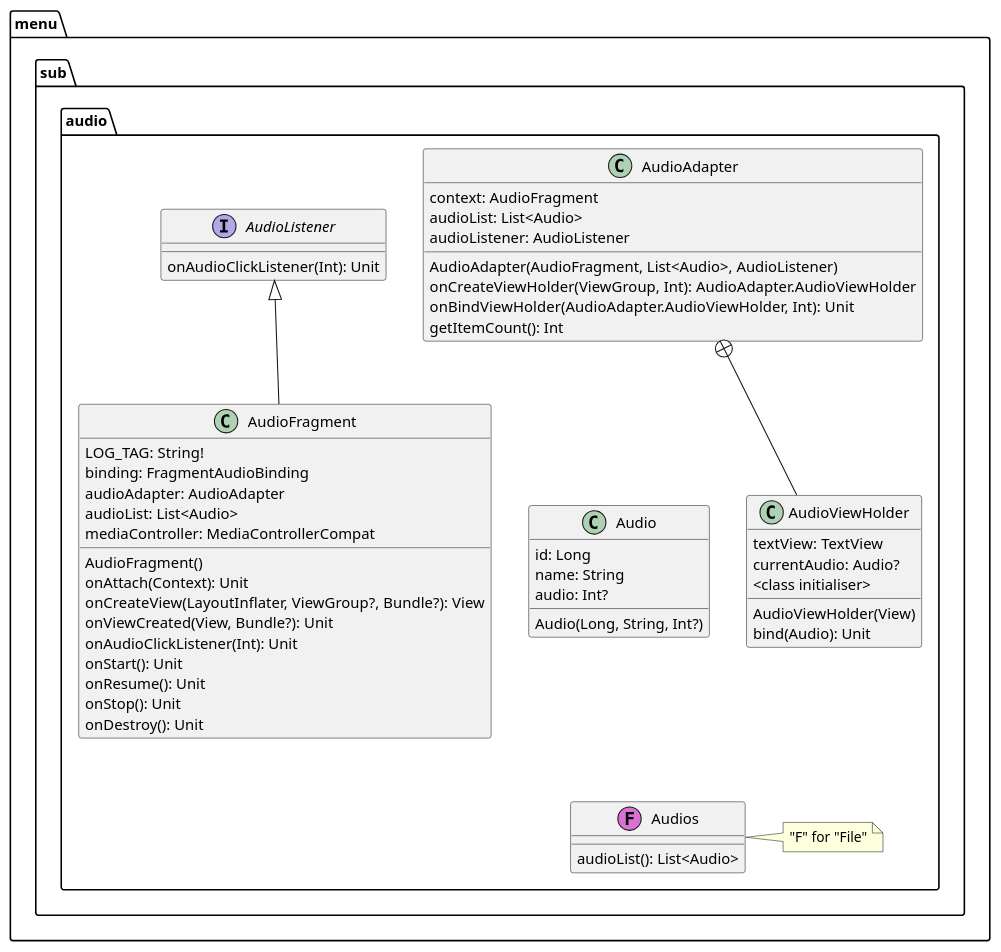
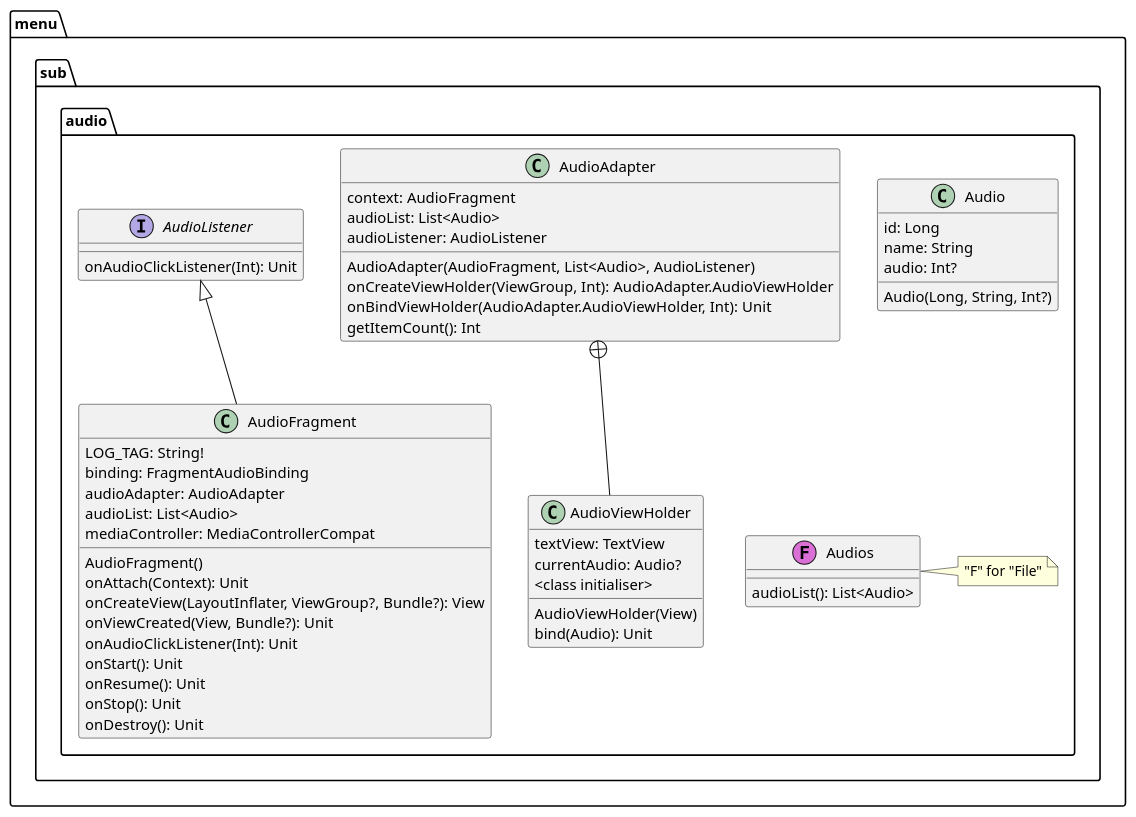
The diagram in Documents/packageAudio_new.puml (vertigonale/botify2), drawn with PlantUML before and after one commit. The commit also changed 2 other files, not shown here.

Commit message:
update diagrams

```diff
--- a/Documents/packageAudio_new.puml
+++ b/Documents/packageAudio_new.puml
@@ -1,71 +1,71 @@
 @startuml
 package "menu" {
  package "sub" {
         package "audio" {
 
             class AudioFragment {
             		LOG_TAG: String!
                 binding: FragmentAudioBinding
                 audioAdapter: AudioAdapter
                 audioList: List<Audio>
                 mediaController: MediaControllerCompat
                 AudioFragment()
                 onAttach(Context): Unit
                 onCreateView(LayoutInflater, ViewGroup?, Bundle?): View
                 onViewCreated(View, Bundle?): Unit
                 onAudioClickListener(Int): Unit
                 onStart(): Unit
                 onResume(): Unit
                 onStop(): Unit
                 onDestroy(): Unit
             }
 
             class AudioAdapter {
                 context: AudioFragment
                 audioList: List<Audio>
                 audioListener: AudioListener
                 AudioAdapter(AudioFragment, List<Audio>, AudioListener)
                 onCreateViewHolder(ViewGroup, Int): AudioAdapter.AudioViewHolder
                 onBindViewHolder(AudioAdapter.AudioViewHolder, Int): Unit
                 getItemCount(): Int
             }
 
             class AudioViewHolder {
                 textView: TextView
                 currentAudio: Audio?
             ' TODO what to do with this pain in the ass?
                 <class initialiser>
                 AudioViewHolder(View)
                 bind(Audio): Unit
             }
 
             class Audio {
                 id: Long
                 name: String
                 audio: Int?
                 Audio(Long, String, Int?)
             }
 
             interface AudioListener {
                 onAudioClickListener(Int): Unit
             }
             'TODO how to handle "Audios.kt"
             class Audios <<(F,orchid)>> {
                 audioList(): List<Audio>
 
             }
             note right: "F" for "File"
         }
     }
 }
 
 ' dependencies
     AudioListener <|-- AudioFragment
     AudioAdapter +-- AudioViewHolder
 
 ' output layout
     Audio-[hidden]-> Audios
-    AudioViewHolder -[hidden]-> Audios
+'    AudioViewHolder -[hidden]-> Audios
     AudioAdapter-[hidden]>Audio
 
 @enduml
```
